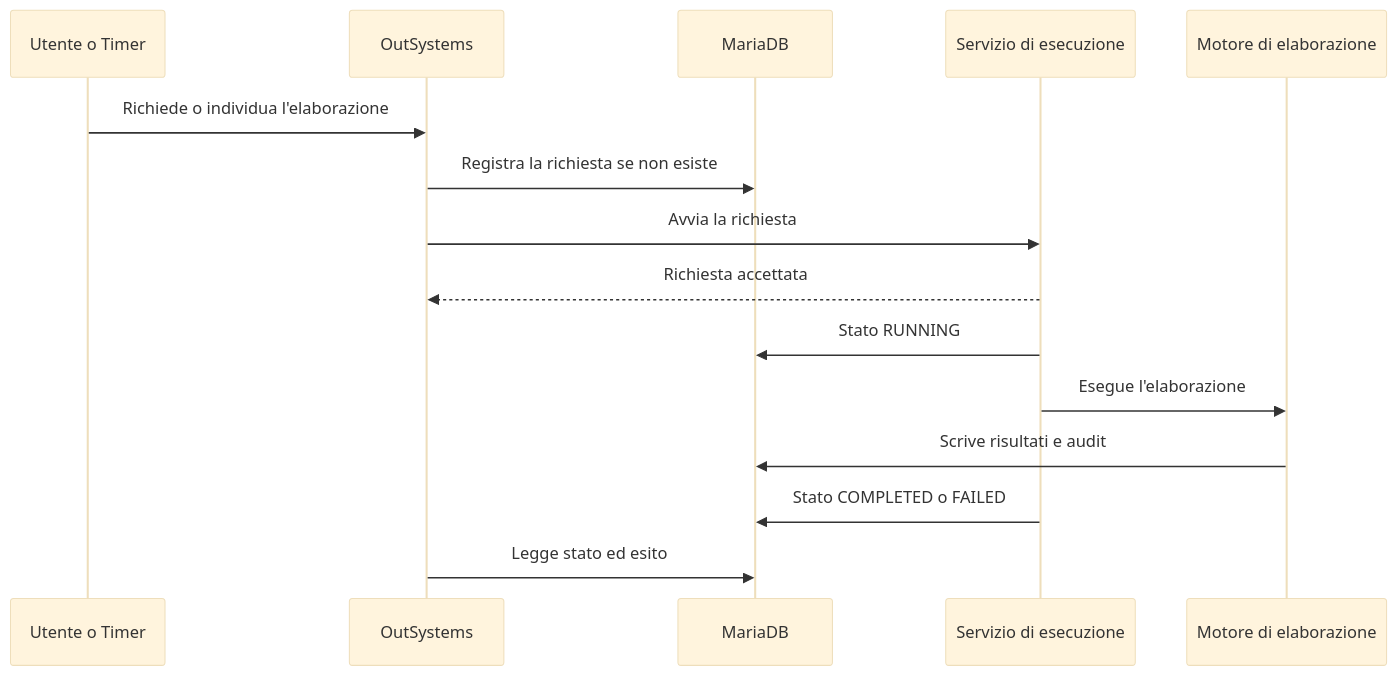
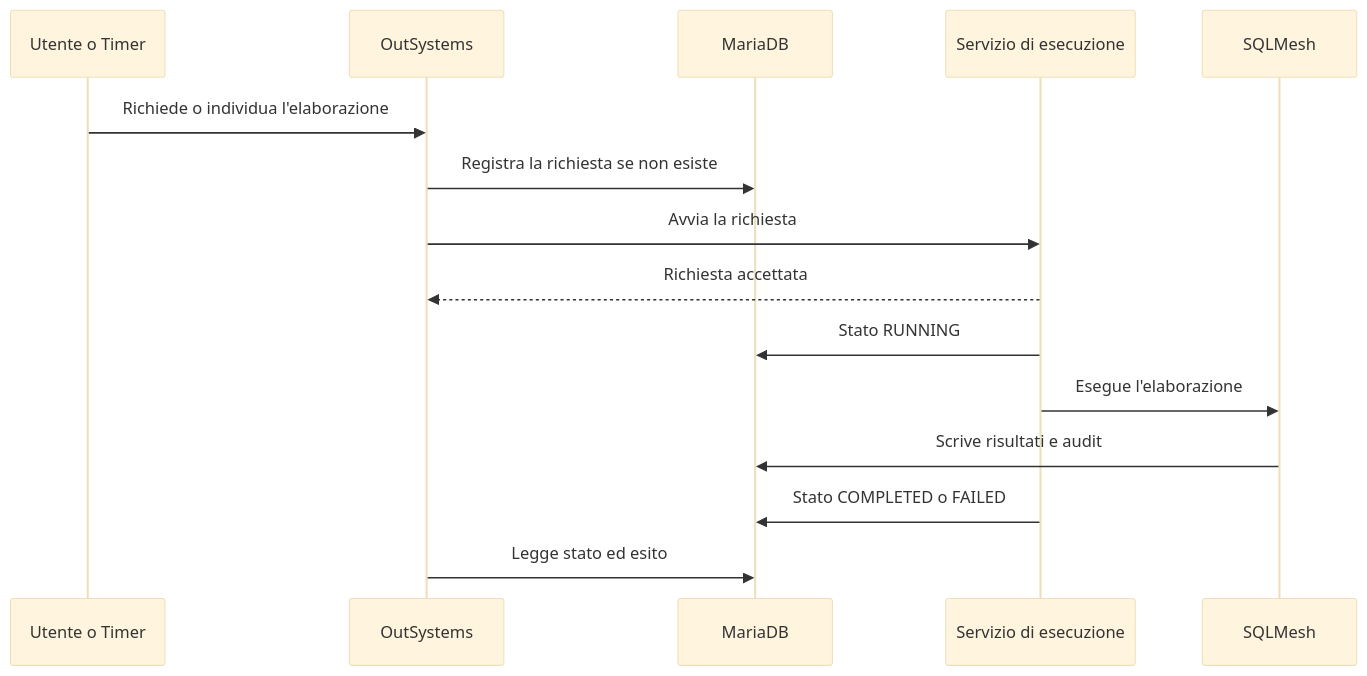
The second of 2 diagrams in docs/architecture-overview.md (ignazio-ingenito/kiron-cdg), drawn with Mermaid (base theme) before and after one commit. The commit also changed other lines of this file, not shown here.

Commit message:
docs: confirm SQLMesh after MariaDB PoC

````diff
--- a/docs/architecture-overview.md
+++ b/docs/architecture-overview.md
@@ -148,18 +148,18 @@
 ```mermaid
 sequenceDiagram
     participant U as Utente o Timer
     participant O as OutSystems
     participant M as MariaDB
     participant E as Servizio di esecuzione
-    participant X as Motore di elaborazione
+    participant S as SQLMesh
 
     U->>O: Richiede o individua l'elaborazione
     O->>M: Registra la richiesta se non esiste
     O->>E: Avvia la richiesta
     E-->>O: Richiesta accettata
     E->>M: Stato RUNNING
-    E->>X: Esegue l'elaborazione
-    X->>M: Scrive risultati e audit
+    E->>S: Esegue l'elaborazione
+    S->>M: Scrive risultati e audit
     E->>M: Stato COMPLETED o FAILED
     O->>M: Legge stato ed esito
 ```
````
